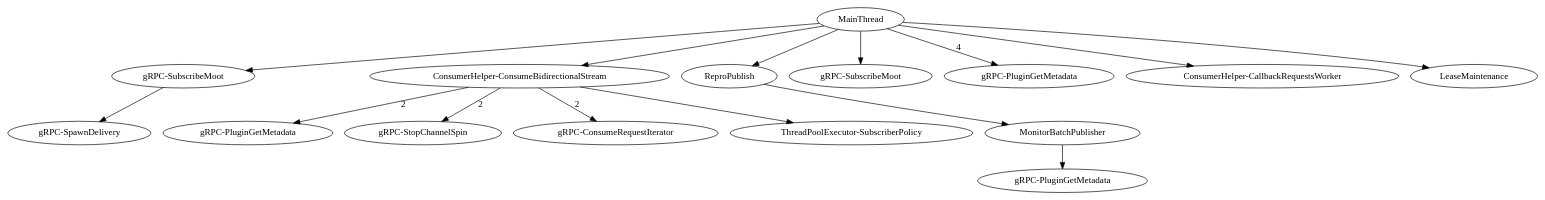
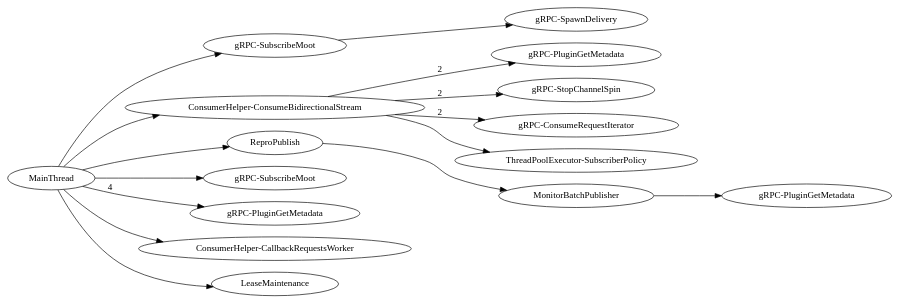
One commit to dhermes/google-cloud-pubsub-performance changed the diagram in message-after-recover/0.29.2.dot. Above: the diagram before and after it, drawn with Graphviz. The commit also changed 20 other files, not shown here.

Commit message:
Making SVG / dot graphs left to right.

```diff
--- a/message-after-recover/0.29.2.dot
+++ b/message-after-recover/0.29.2.dot
@@ -1,71 +1,72 @@
 digraph G {
+rankdir=LR;
 subgraph  {
 subgraph  {
 }
 
 "Thread-gRPC-SubscribeMoot" -> "Thread-gRPC-SpawnDelivery";
 }
 
 subgraph  {
 }
 
 subgraph  {
 }
 
 subgraph  {
 }
 
 subgraph  {
 subgraph  {
 }
 
 subgraph  {
 }
 
 subgraph  {
 }
 
 subgraph  {
 }
 
 "Thread-ConsumerHelper-ConsumeBidirectionalStream" -> "Thread-gRPC-PluginGetMetadata++"  [label=2];
 "Thread-ConsumerHelper-ConsumeBidirectionalStream" -> "Thread-gRPC-StopChannelSpin"  [label=2];
 "Thread-ConsumerHelper-ConsumeBidirectionalStream" -> "Thread-gRPC-ConsumeRequestIterator"  [label=2];
 "Thread-ConsumerHelper-ConsumeBidirectionalStream" -> "ThreadPoolExecutor-SubscriberPolicy";
 }
 
 subgraph  {
 }
 
 subgraph  {
 subgraph  {
 subgraph  {
 }
 
 "Thread-MonitorBatchPublisher" -> "Thread-gRPC-PluginGetMetadata++++";
 }
 
 "Thread-ReproPublish" -> "Thread-MonitorBatchPublisher";
 }
 
 MainThread -> "Thread-gRPC-SubscribeMoot";
 MainThread -> "Thread-gRPC-SubscribeMoot+";
 MainThread -> "Thread-gRPC-PluginGetMetadata"  [label=4];
 MainThread -> "Thread-ConsumerHelper-CallbackRequestsWorker";
 MainThread -> "Thread-ConsumerHelper-ConsumeBidirectionalStream";
 MainThread -> "Thread-LeaseMaintenance";
 MainThread -> "Thread-ReproPublish";
+"Thread-gRPC-SubscribeMoot" [label="gRPC-SubscribeMoot"];
+"Thread-gRPC-SpawnDelivery" [label="gRPC-SpawnDelivery"];
+"Thread-LeaseMaintenance" [label=LeaseMaintenance];
+"Thread-ReproPublish" [label=ReproPublish];
+"Thread-gRPC-PluginGetMetadata++" [label="gRPC-PluginGetMetadata"];
+"Thread-gRPC-PluginGetMetadata++++" [label="gRPC-PluginGetMetadata"];
+"Thread-gRPC-StopChannelSpin" [label="gRPC-StopChannelSpin"];
+"Thread-ConsumerHelper-CallbackRequestsWorker" [label="ConsumerHelper-CallbackRequestsWorker"];
 "Thread-gRPC-SubscribeMoot+" [label="gRPC-SubscribeMoot"];
-"Thread-ReproPublish" [label=ReproPublish];
-"Thread-LeaseMaintenance" [label=LeaseMaintenance];
-"Thread-gRPC-SpawnDelivery" [label="gRPC-SpawnDelivery"];
+"Thread-gRPC-PluginGetMetadata" [label="gRPC-PluginGetMetadata"];
+"Thread-MonitorBatchPublisher" [label=MonitorBatchPublisher];
+"Thread-gRPC-ConsumeRequestIterator" [label="gRPC-ConsumeRequestIterator"];
 "Thread-ConsumerHelper-ConsumeBidirectionalStream" [label="ConsumerHelper-ConsumeBidirectionalStream"];
-"Thread-MonitorBatchPublisher" [label=MonitorBatchPublisher];
-"Thread-gRPC-PluginGetMetadata++" [label="gRPC-PluginGetMetadata"];
-"Thread-gRPC-StopChannelSpin" [label="gRPC-StopChannelSpin"];
-"Thread-gRPC-ConsumeRequestIterator" [label="gRPC-ConsumeRequestIterator"];
-"Thread-gRPC-SubscribeMoot" [label="gRPC-SubscribeMoot"];
-"Thread-gRPC-PluginGetMetadata++++" [label="gRPC-PluginGetMetadata"];
-"Thread-ConsumerHelper-CallbackRequestsWorker" [label="ConsumerHelper-CallbackRequestsWorker"];
-"Thread-gRPC-PluginGetMetadata" [label="gRPC-PluginGetMetadata"];
 }
```
